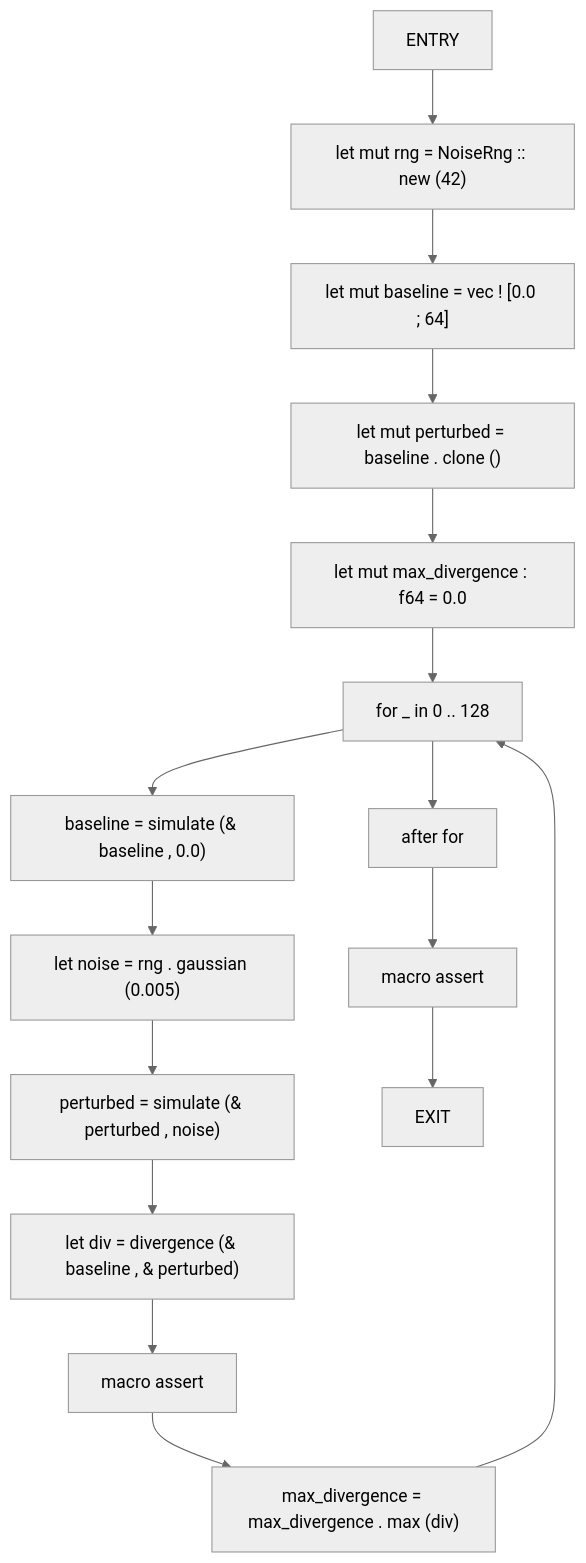
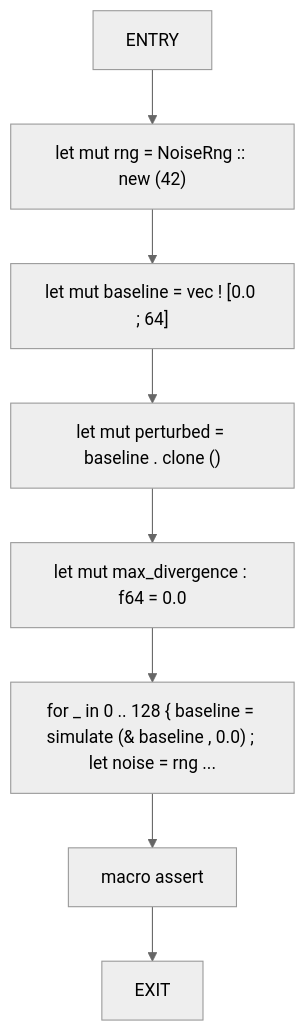
One commit to cicero-violate/MMSB changed diagram 32 of 52 in docs/analysis/cfg/100-tests.md. Above: the diagram before and after it, drawn with Mermaid (neutral theme). The commit also changed other lines of this file and 865 other files, not shown here.

````diff
--- a/docs/analysis/cfg/100-tests.md
+++ b/docs/analysis/cfg/100-tests.md
@@ -959,33 +801,18 @@
 ```mermaid
 flowchart TD
     stability_resists_small_noise_0["ENTRY"]
     stability_resists_small_noise_1["let mut rng = NoiseRng :: new (42)"]
     stability_resists_small_noise_2["let mut baseline = vec ! [0.0 ; 64]"]
     stability_resists_small_noise_3["let mut perturbed = baseline . clone ()"]
     stability_resists_small_noise_4["let mut max_divergence : f64 = 0.0"]
-    stability_resists_small_noise_5["for _ in 0 .. 128"]
-    stability_resists_small_noise_6["baseline = simulate (& baseline , 0.0)"]
-    stability_resists_small_noise_7["let noise = rng . gaussian (0.005)"]
-    stability_resists_small_noise_8["perturbed = simulate (& perturbed , noise)"]
-    stability_resists_small_noise_9["let div = divergence (& baseline , & perturbed)"]
-    stability_resists_small_noise_10["macro assert"]
-    stability_resists_small_noise_11["max_divergence = max_divergence . max (div)"]
-    stability_resists_small_noise_12["after for"]
-    stability_resists_small_noise_13["macro assert"]
-    stability_resists_small_noise_14["EXIT"]
+    stability_resists_small_noise_5["for _ in 0 .. 128 { baseline = simulate (& baseline , 0.0) ; let noise = rng ..."]
+    stability_resists_small_noise_6["macro assert"]
+    stability_resists_small_noise_7["EXIT"]
     stability_resists_small_noise_0 --> stability_resists_small_noise_1
     stability_resists_small_noise_1 --> stability_resists_small_noise_2
     stability_resists_small_noise_2 --> stability_resists_small_noise_3
     stability_resists_small_noise_3 --> stability_resists_small_noise_4
     stability_resists_small_noise_4 --> stability_resists_small_noise_5
     stability_resists_small_noise_5 --> stability_resists_small_noise_6
     stability_resists_small_noise_6 --> stability_resists_small_noise_7
-    stability_resists_small_noise_7 --> stability_resists_small_noise_8
-    stability_resists_small_noise_8 --> stability_resists_small_noise_9
-    stability_resists_small_noise_9 --> stability_resists_small_noise_10
-    stability_resists_small_noise_10 --> stability_resists_small_noise_11
-    stability_resists_small_noise_11 --> stability_resists_small_noise_5
-    stability_resists_small_noise_5 --> stability_resists_small_noise_12
-    stability_resists_small_noise_12 --> stability_resists_small_noise_13
-    stability_resists_small_noise_13 --> stability_resists_small_noise_14
 ```
````
